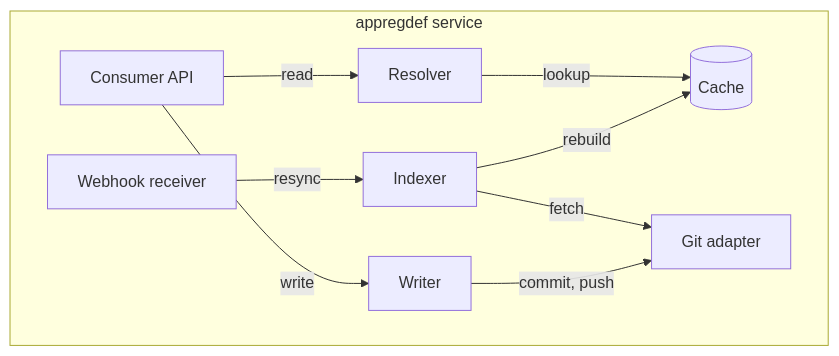
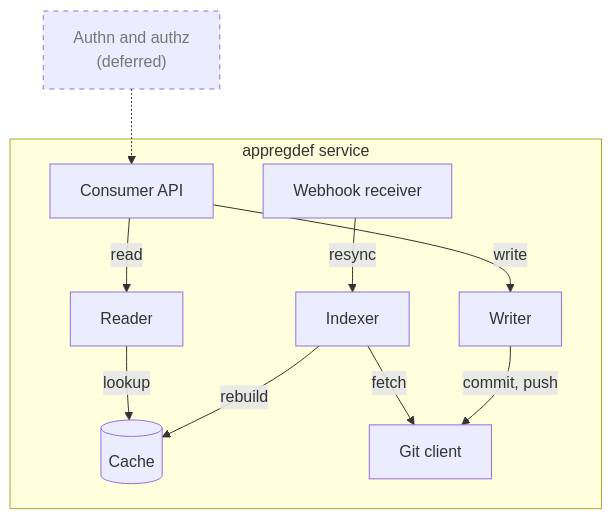
Before and after one commit to Netcracker/qubership-envgene: the second of 5 diagrams in docs/analysis/app-reg-def/service/architecture.md, drawn with Mermaid. The commit also changed other lines of this file and 5 other files, not shown here.

````diff
--- a/docs/analysis/app-reg-def/service/architecture.md
+++ b/docs/analysis/app-reg-def/service/architecture.md
@@ -39,19 +37,23 @@
 ```mermaid
 flowchart TB
+  authz["Authn and authz<br/>(deferred)"]
   subgraph svc["appregdef service"]
     api["Consumer API"]
     wh["Webhook receiver"]
-    resolver["Resolver"]
+    reader["Reader"]
     writer["Writer"]
     indexer["Indexer"]
     cache[("Cache")]
-    gitad["Git adapter"]
+    gitad["Git client"]
   end
-  api -->|read| resolver
-  resolver -->|lookup| cache
+  authz -.-> api
+  api -->|read| reader
+  reader -->|lookup| cache
   api -->|write| writer
   wh -->|resync| indexer
   indexer -->|rebuild| cache
   indexer -->|fetch| gitad
   writer -->|commit, push| gitad
+  classDef deferred stroke-dasharray:5 5,color:#777;
+  class authz deferred;
 ```
````
